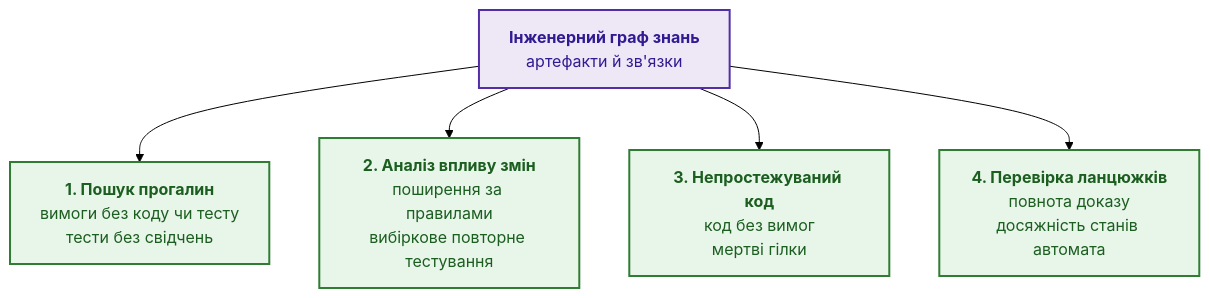
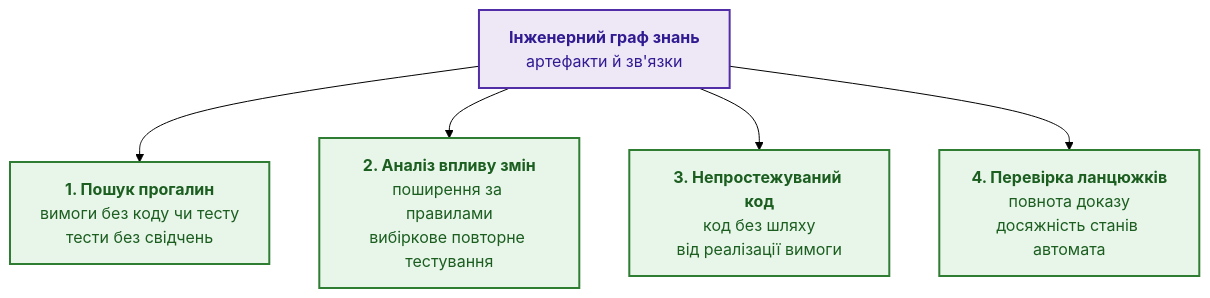
Before and after one commit to nick-fedchik/articles: the fourth of 8 diagrams in ExpertSystem/ch09-engineering-knowledge-graph-traceability.md, drawn with Mermaid (forest theme). The commit also changed other lines of this file and 1 other file, not shown here.

````diff
--- a/ExpertSystem/ch09-engineering-knowledge-graph-traceability.md
+++ b/ExpertSystem/ch09-engineering-knowledge-graph-traceability.md
@@ -354,18 +356,18 @@
 ```mermaid
 flowchart TD
     accTitle: Класи аналізу на інженерному графі знань
     accDescr: Граф живить пошук прогалин, аналіз впливу змін, виявлення непростежуваного коду й перевірку доказових ланцюжків.
 
     EKG["<b>Інженерний граф знань</b><br/>артефакти й зв'язки"]
 
     EKG --> A1["<b>1. Пошук прогалин</b><br/>вимоги без коду чи тесту<br/>тести без свідчень"]
     EKG --> A2["<b>2. Аналіз впливу змін</b><br/>поширення за правилами<br/>вибіркове повторне тестування"]
-    EKG --> A3["<b>3. Непростежуваний код</b><br/>код без вимог<br/>мертві гілки"]
+    EKG --> A3["<b>3. Непростежуваний код</b><br/>код без шляху<br/>від реалізації вимоги"]
     EKG --> A4["<b>4. Перевірка ланцюжків</b><br/>повнота доказу<br/>досяжність станів автомата"]
 
     classDef center fill:#ede7f6,stroke:#512da8,stroke-width:2px,color:#311b92;
     classDef query fill:#e8f5e9,stroke:#2e7d32,stroke-width:2px,color:#1b5e20;
 
     class EKG center;
     class A1,A2,A3,A4 query;
 ```
````
